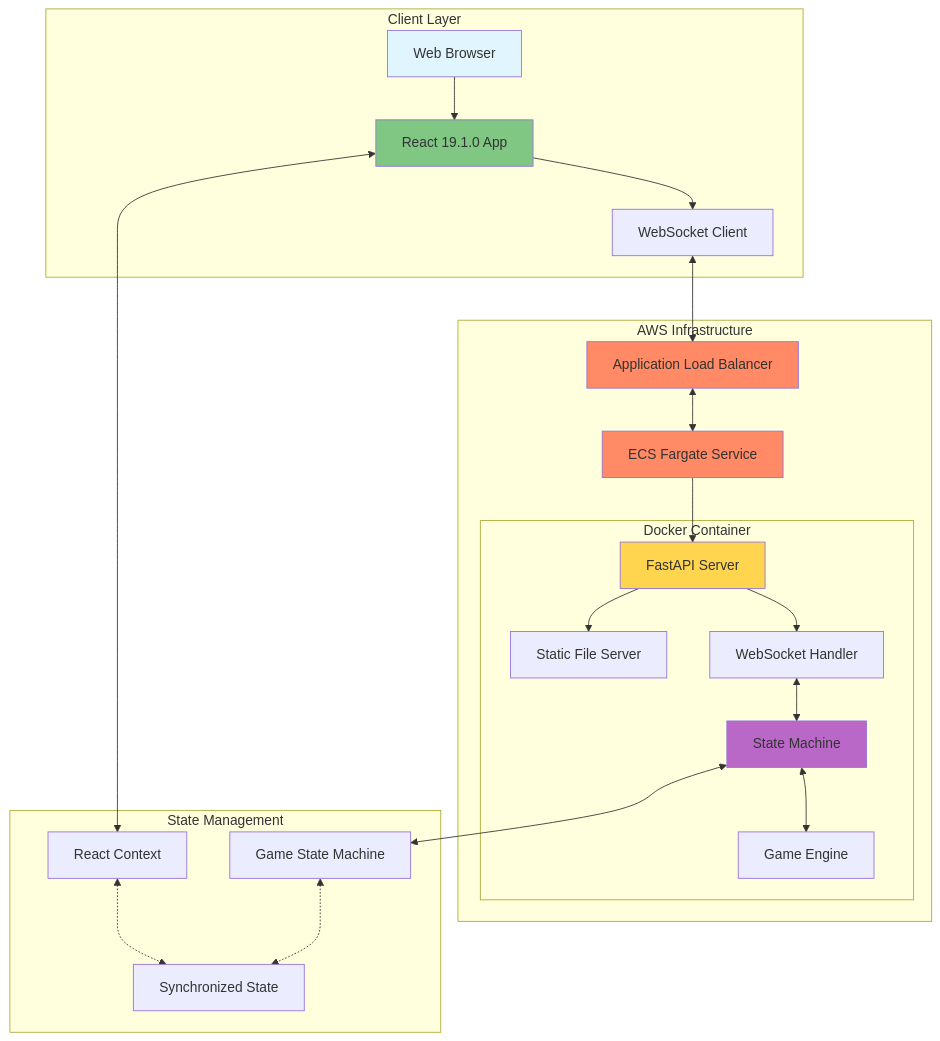
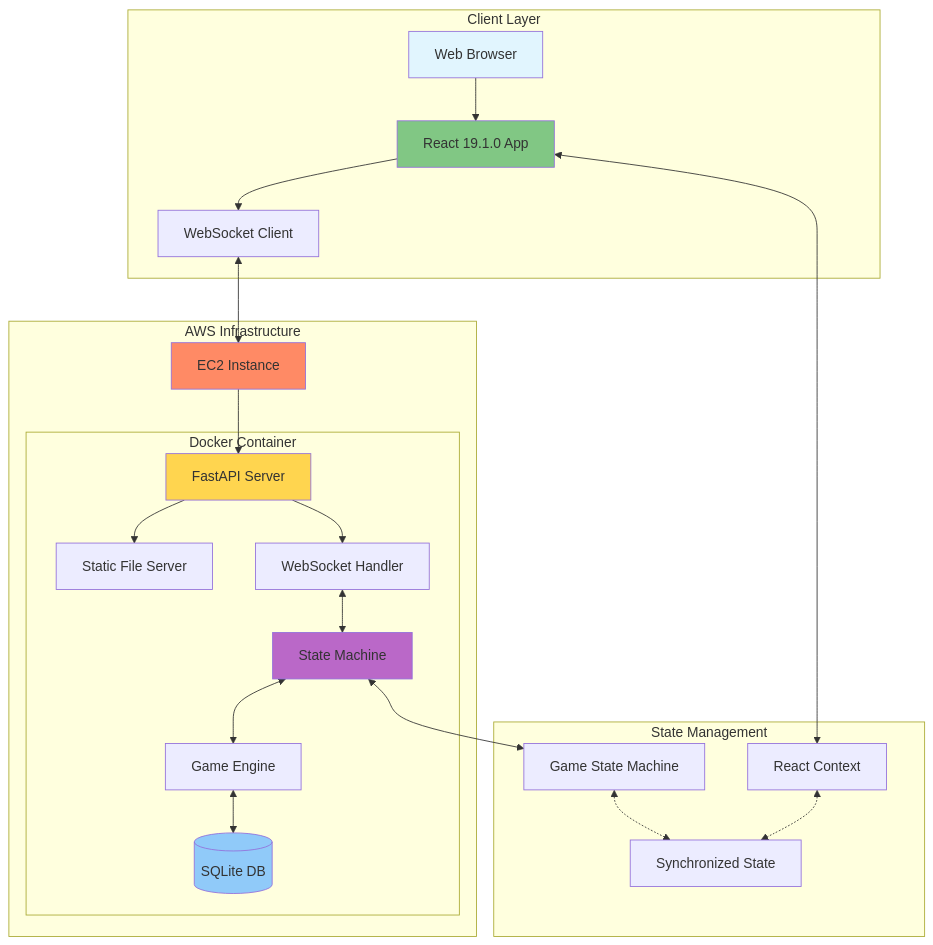
The diagram in docs/01-overview/README.md (andynenth/tui-backend), drawn with Mermaid before and after one commit. The commit also changed other lines of this file and 7 other files, not shown here.

````diff
--- a/docs/01-overview/README.md
+++ b/docs/01-overview/README.md
@@ -32,49 +32,49 @@
 ```mermaid
 graph TB
     subgraph "Client Layer"
         Browser[Web Browser]
         React[React 19.1.0 App]
         WS_Client[WebSocket Client]
     end
     
     subgraph "AWS Infrastructure"
-        ALB[Application Load Balancer]
-        ECS[ECS Fargate Service]
+        EC2[EC2 Instance]
         
         subgraph "Docker Container"
             FastAPI[FastAPI Server]
             Static[Static File Server]
             WS_Server[WebSocket Handler]
             SM[State Machine]
             Game[Game Engine]
+            DB[(SQLite DB)]
         end
     end
     
     subgraph "State Management"
         FrontendState[React Context]
         BackendState[Game State Machine]
         SharedState[Synchronized State]
     end
     
     Browser --> React
     React --> WS_Client
-    WS_Client <--> ALB
-    ALB <--> ECS
-    ECS --> FastAPI
+    WS_Client <--> EC2
+    EC2 --> FastAPI
     FastAPI --> Static
     FastAPI --> WS_Server
     WS_Server <--> SM
     SM <--> Game
+    Game <--> DB
     
     React <--> FrontendState
     SM <--> BackendState
     FrontendState <-.-> SharedState
     BackendState <-.-> SharedState
     
     style Browser fill:#e1f5fe
     style React fill:#81c784
     style FastAPI fill:#ffd54f
     style SM fill:#ba68c8
-    style ALB fill:#ff8a65
-    style ECS fill:#ff8a65
+    style EC2 fill:#ff8a65
+    style DB fill:#90caf9
 ```
````
